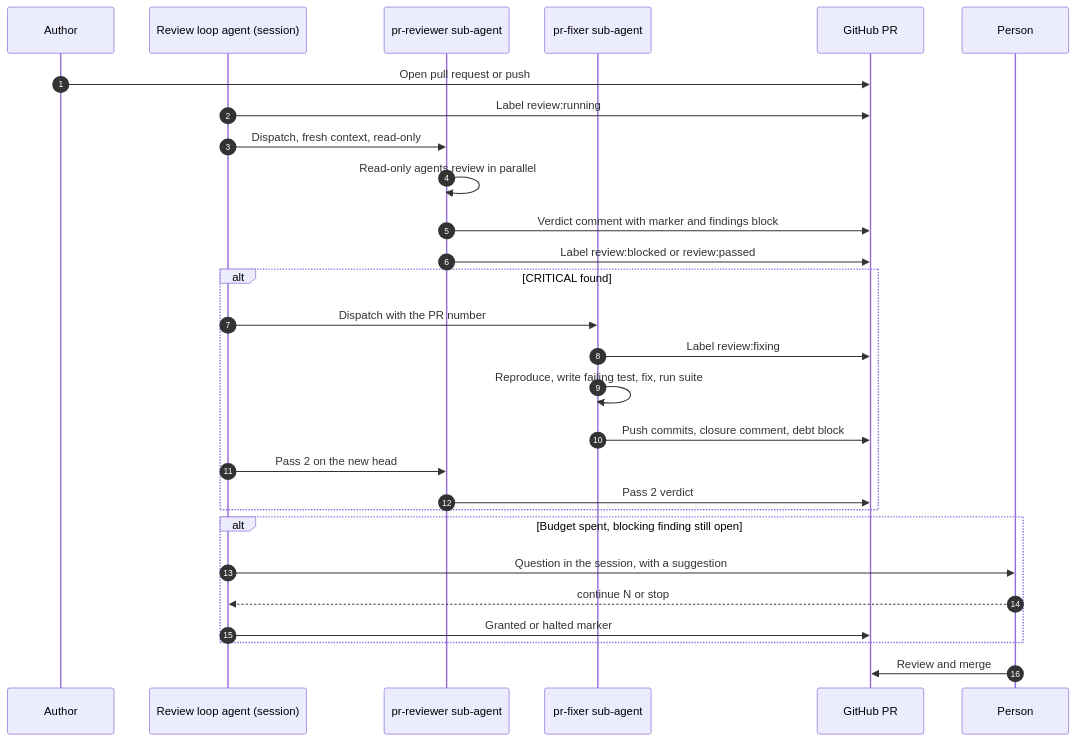
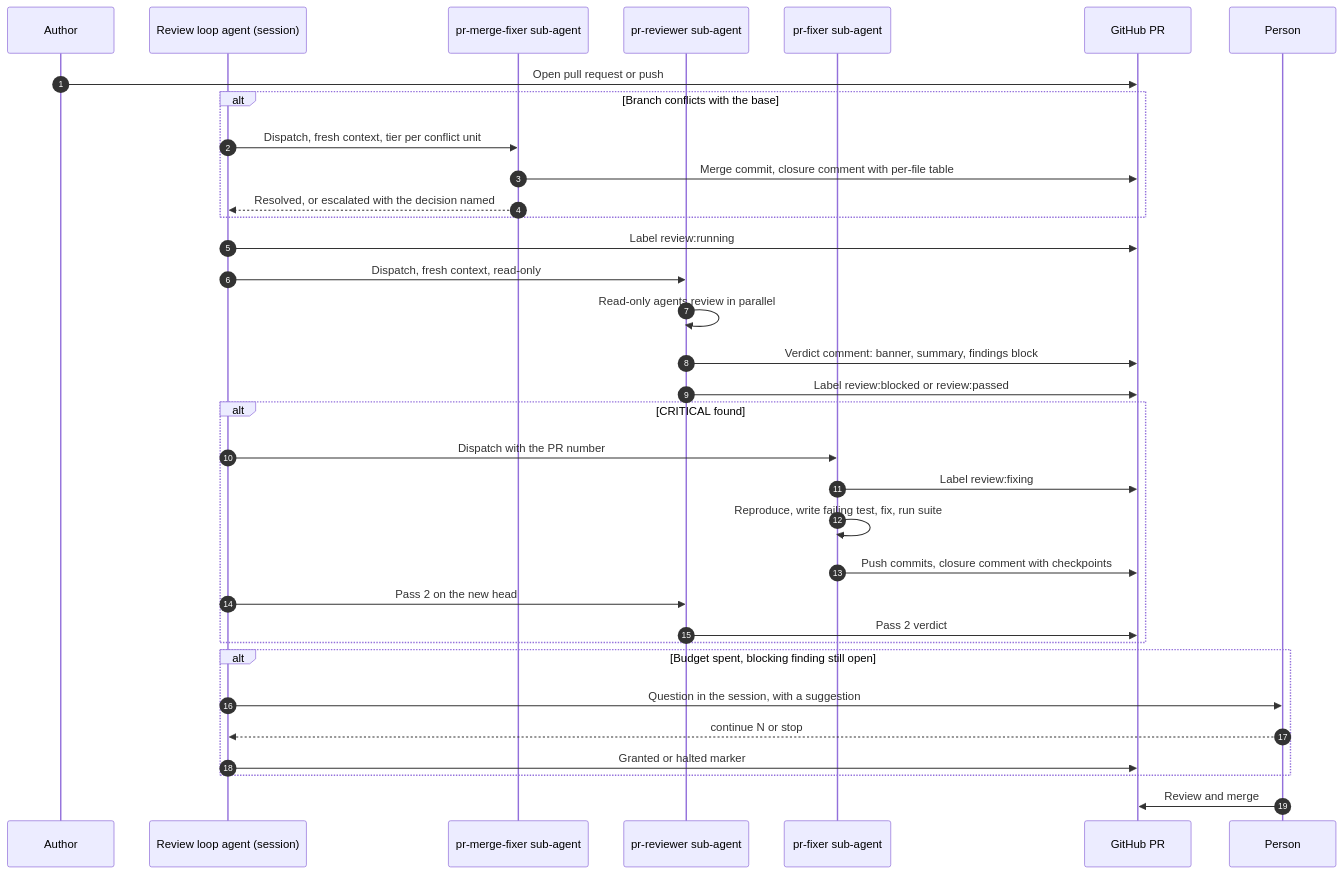
Before and after one commit to jonyfs/pr-reviewer-fixer: the diagram in docs/diagrams/02-sequence.mmd, drawn with Mermaid. The commit also changed 47 other files, not shown here.

First line of the commit message:
0.20.0: pr-merge-fixer, clearer reports, new docs and site

```diff
--- a/docs/diagrams/02-sequence.mmd
+++ b/docs/diagrams/02-sequence.mmd
@@ -1,28 +1,34 @@
 sequenceDiagram
     autonumber
     participant Dev as Author
     participant L as Review loop agent (session)
+    participant MF as pr-merge-fixer sub-agent
     participant R as pr-reviewer sub-agent
     participant F as pr-fixer sub-agent
     participant GH as GitHub PR
     participant P as Person
     Dev->>GH: Open pull request or push
+    alt Branch conflicts with the base
+        L->>MF: Dispatch, fresh context, tier per conflict unit
+        MF->>GH: Merge commit, closure comment with per-file table
+        MF-->>L: Resolved, or escalated with the decision named
+    end
     L->>GH: Label review:running
     L->>R: Dispatch, fresh context, read-only
     R->>R: Read-only agents review in parallel
-    R->>GH: Verdict comment with marker and findings block
+    R->>GH: Verdict comment: banner, summary, findings block
     R->>GH: Label review:blocked or review:passed
     alt CRITICAL found
         L->>F: Dispatch with the PR number
         F->>GH: Label review:fixing
         F->>F: Reproduce, write failing test, fix, run suite
-        F->>GH: Push commits, closure comment, debt block
+        F->>GH: Push commits, closure comment with checkpoints
         L->>R: Pass 2 on the new head
         R->>GH: Pass 2 verdict
     end
     alt Budget spent, blocking finding still open
         L->>P: Question in the session, with a suggestion
         P-->>L: continue N or stop
         L->>GH: Granted or halted marker
     end
     P->>GH: Review and merge
```
